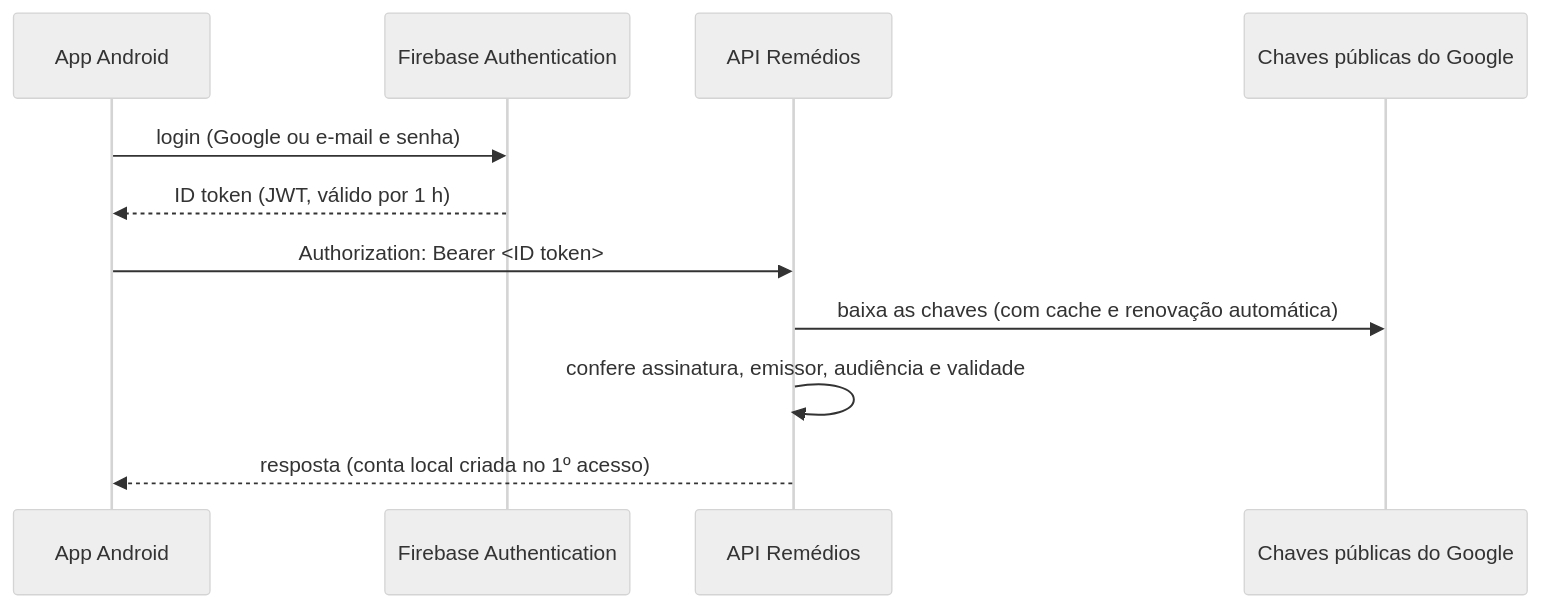
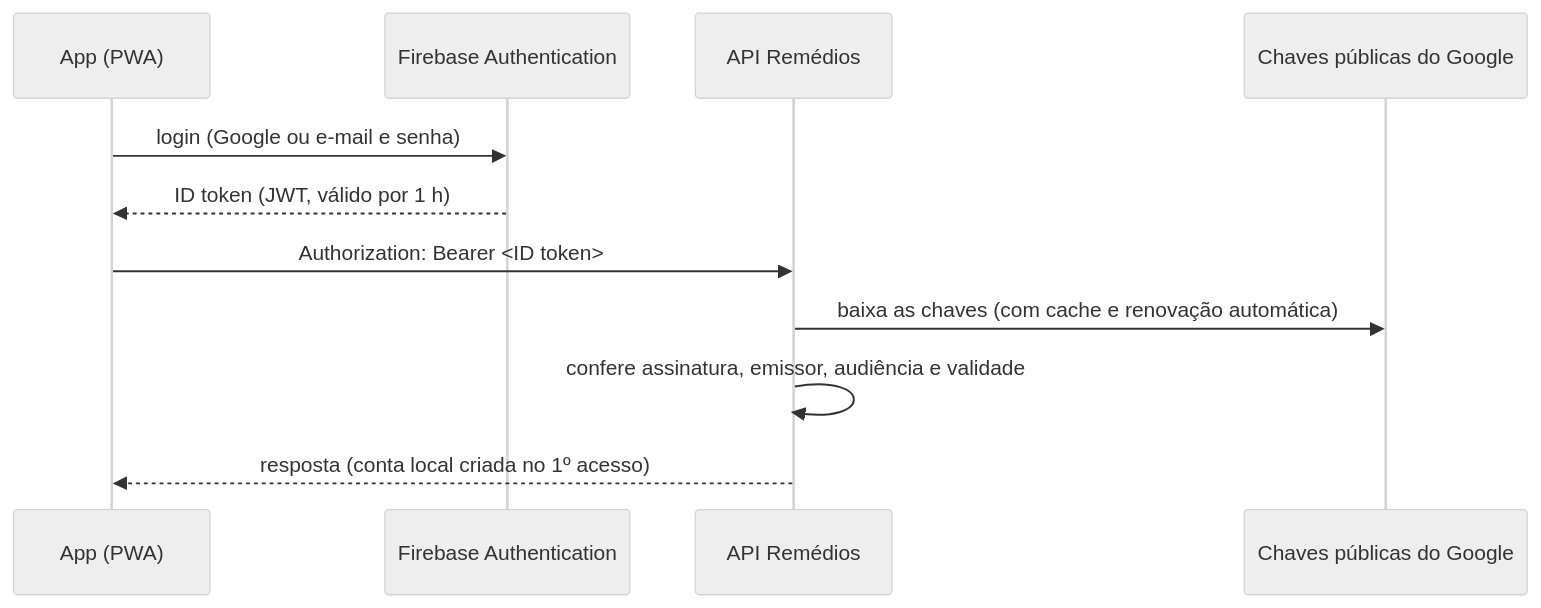
Before and after one commit to leandro-costa/remedios: the diagram in docs/firebase.md, drawn with Mermaid (neutral theme). The commit also changed other lines of this file and 78 other files, not shown here.

````diff
--- a/docs/firebase.md
+++ b/docs/firebase.md
@@ -7,13 +7,13 @@
 ```mermaid
 sequenceDiagram
-    participant App as App Android
+    participant App as App (PWA)
     participant FB as Firebase Authentication
     participant API as API Remédios
     participant G as Chaves públicas do Google
     App->>FB: login (Google ou e-mail e senha)
     FB-->>App: ID token (JWT, válido por 1 h)
     App->>API: Authorization: Bearer <ID token>
     API->>G: baixa as chaves (com cache e renovação automática)
     API->>API: confere assinatura, emissor, audiência e validade
     API-->>App: resposta (conta local criada no 1º acesso)
 ```
````
